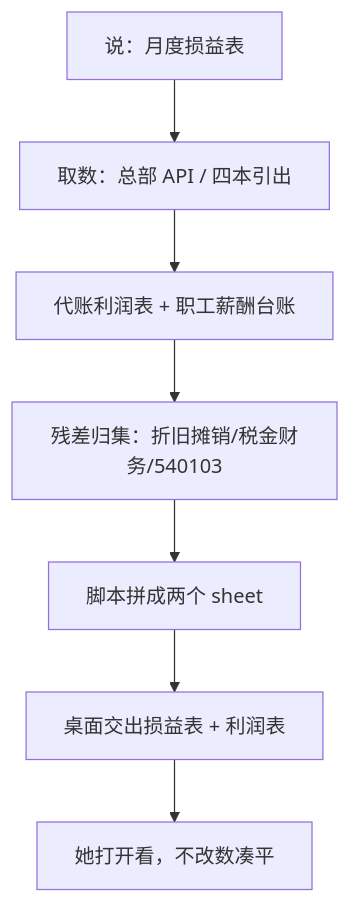
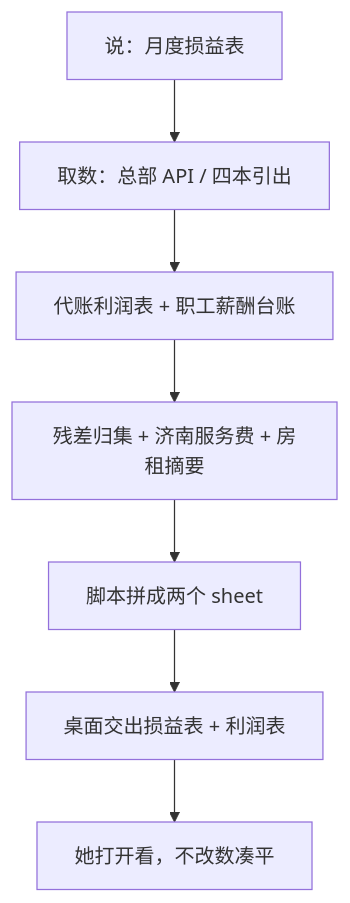
Before and after one commit to EvanLee2004/finance-skills: the diagram in skills/pl-dept-report/README.md, drawn with Mermaid. The commit also changed other lines of this file and 11 other files, not shown here.

````diff
--- a/skills/pl-dept-report/README.md
+++ b/skills/pl-dept-report/README.md
@@ -55,9 +55,9 @@
 ```mermaid
 flowchart TD
   A["说：月度损益表"] --> B["取数：总部 API / 四本引出"]
   B --> C["代账利润表 + 职工薪酬台账"]
-  C --> C2["残差归集：折旧摊销/税金财务/540103"]
+  C --> C2["残差归集 + 济南服务费 + 房租摘要"]
   C2 --> D["脚本拼成两个 sheet"]
   D --> E["桌面交出损益表 + 利润表"]
   E --> F["她打开看，不改数凑平"]
 ```
````
